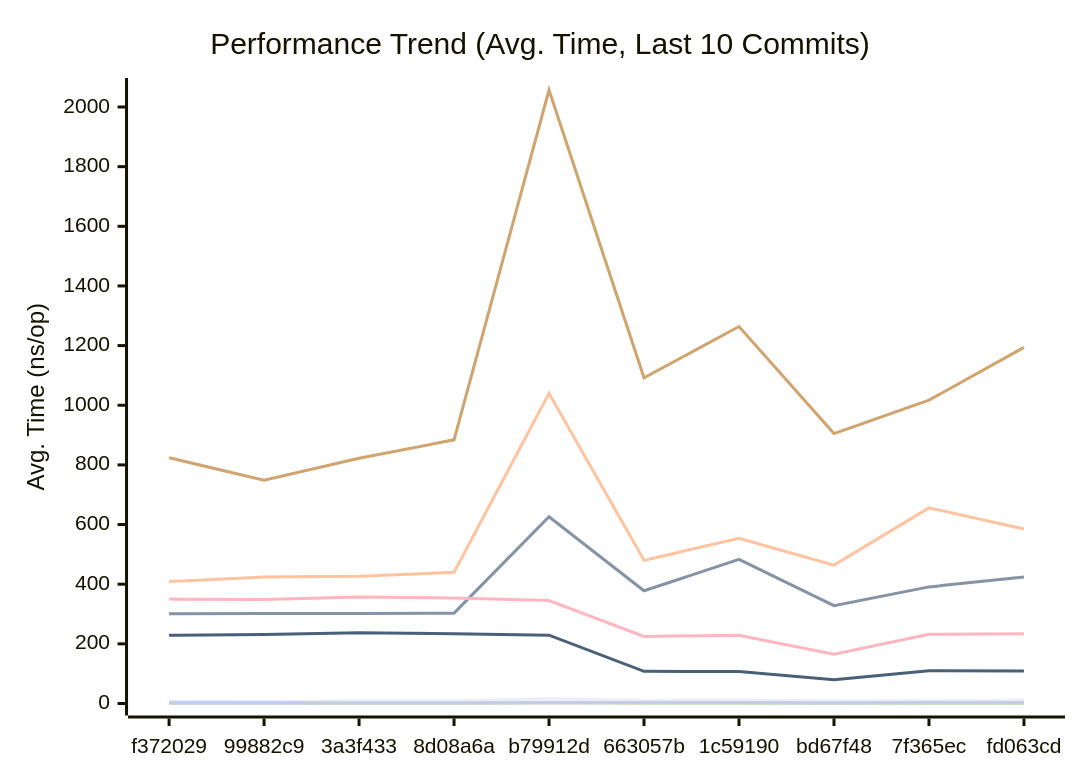
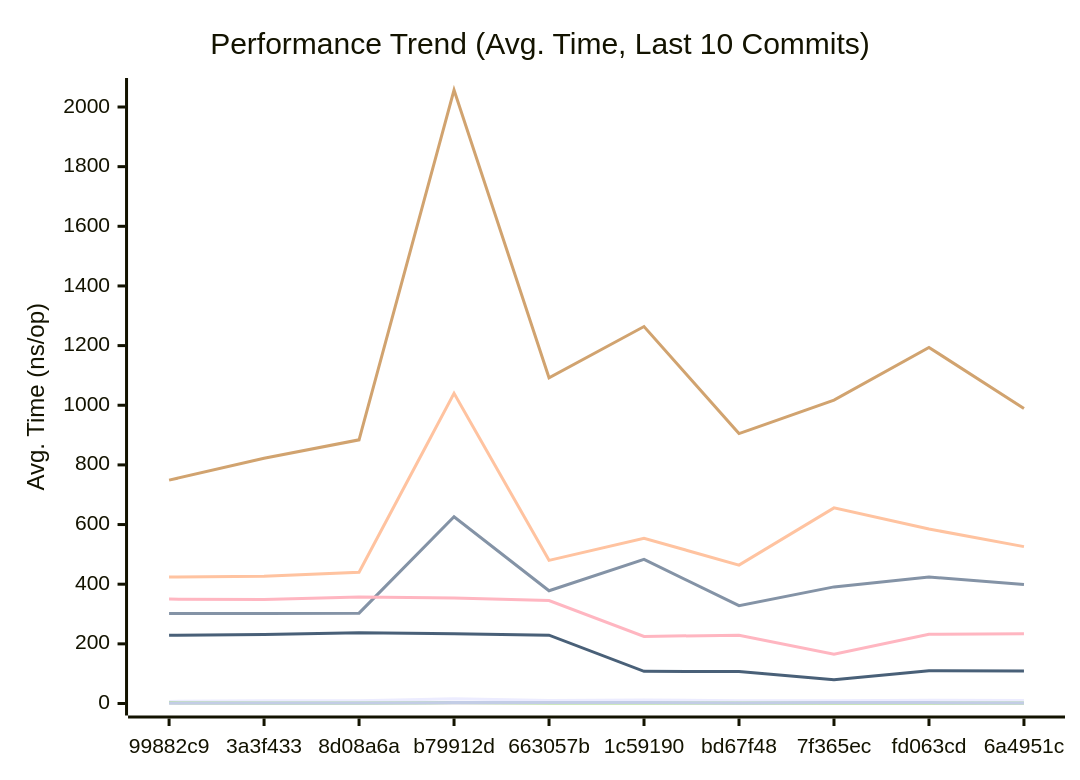
Before and after one commit to alsotoes/momo: the first of 3 diagrams in docs/PERFORMANCE.md, drawn with Mermaid. The commit also changed other lines of this file and 16 other files, not shown here.

````diff
--- a/docs/PERFORMANCE.md
+++ b/docs/PERFORMANCE.md
@@ -80,16 +80,16 @@
 ```mermaid
 xychart-beta
     title "Performance Trend (Avg. Time, Last 10 Commits)"
     x-axis "Commit"
     y-axis "Avg. Time (ns/op)"
-    x-axis [f372029,99882c9,3a3f433,8d08a6a,b79912d,663057b,1c59190,bd67f48,7f365ec,fd063cd]
-    line "CheckMetricsAndSwap" [8,7,9,9,16,10,12,9,9,11]
-    line "CrushOptimized" [301,302,302,303,626,378,483,328,391,424]
-    line "CrushOriginal" [409,424,427,440,1040,480,554,464,656,585]
-    line "IndexDirectTracking" [0,0,0,0,1,1,1,0,0,0]
-    line "IndexSearch" [3,3,2,2,3,2,2,2,2,2]
-    line "LoadGlobalConfig" [824,749,822,884,2057,1092,1264,905,1017,1194]
-    line "PadString" [2,2,2,2,3,3,3,2,3,3]
+    x-axis [99882c9,3a3f433,8d08a6a,b79912d,663057b,1c59190,bd67f48,7f365ec,fd063cd,6a4951c]
+    line "CheckMetricsAndSwap" [7,9,9,16,10,12,9,9,11,10]
+    line "CrushOptimized" [302,302,303,626,378,483,328,391,424,399]
+    line "CrushOriginal" [424,427,440,1040,480,554,464,656,585,526]
+    line "IndexDirectTracking" [0,0,0,1,1,1,0,0,0,0]
+    line "IndexSearch" [3,2,2,3,2,2,2,2,2,2]
+    line "LoadGlobalConfig" [749,822,884,2057,1092,1264,905,1017,1194,989]
+    line "PadString" [2,2,2,3,3,3,2,3,3,2]
     line "ParseReplicationOrder_NoPrealloc" [350,349,357,354,345,225,229,165,232,234]
     line "ParseReplicationOrder_Prealloc" [229,231,237,234,229,108,107,80,110,109]
 ```
````
